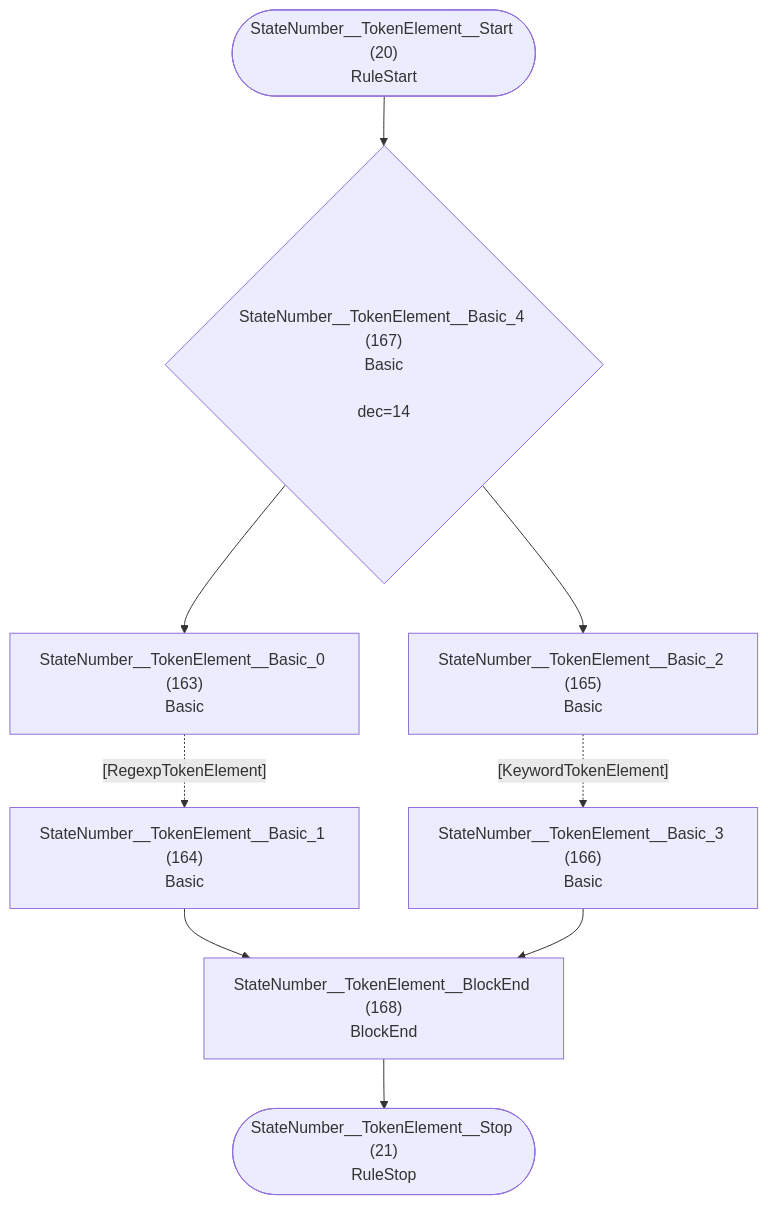
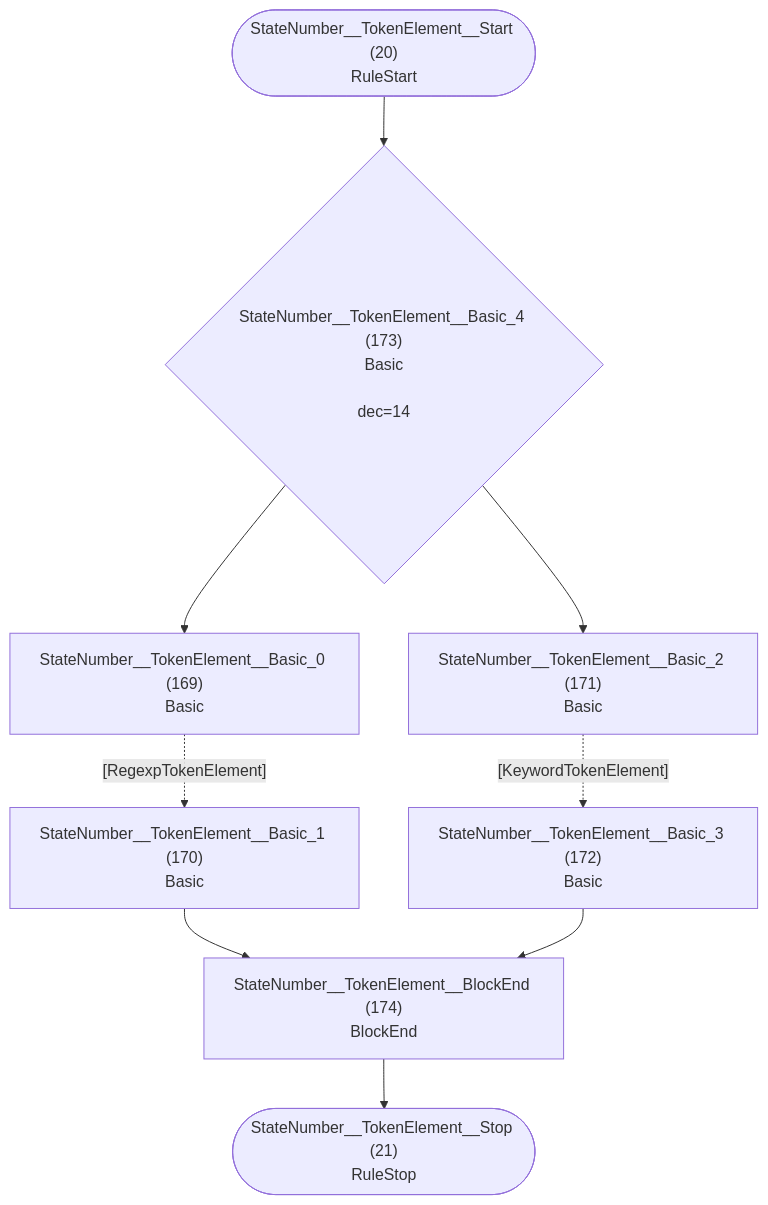
Diagram 11 of 36 in internal/grammar/atn.md (TypeFox/fastbelt), drawn with Mermaid before and after one commit. The commit also changed other lines of this file and 6 other files, not shown here.

````diff
--- a/internal/grammar/atn.md
+++ b/internal/grammar/atn.md
@@ -320,20 +320,20 @@
 ```mermaid
 flowchart TD
     q20(["StateNumber__TokenElement__Start (20)<br/>RuleStart"])
     q21(["StateNumber__TokenElement__Stop (21)<br/>RuleStop"])
-    q163["StateNumber__TokenElement__Basic_0 (163)<br/>Basic<br/>"]
-    q164["StateNumber__TokenElement__Basic_1 (164)<br/>Basic<br/>"]
-    q165["StateNumber__TokenElement__Basic_2 (165)<br/>Basic<br/>"]
-    q166["StateNumber__TokenElement__Basic_3 (166)<br/>Basic<br/>"]
-    q167{"StateNumber__TokenElement__Basic_4 (167)<br/>Basic<br/><br/>dec=14"}
-    q168["StateNumber__TokenElement__BlockEnd (168)<br/>BlockEnd<br/>"]
+    q169["StateNumber__TokenElement__Basic_0 (169)<br/>Basic<br/>"]
+    q170["StateNumber__TokenElement__Basic_1 (170)<br/>Basic<br/>"]
+    q171["StateNumber__TokenElement__Basic_2 (171)<br/>Basic<br/>"]
+    q172["StateNumber__TokenElement__Basic_3 (172)<br/>Basic<br/>"]
+    q173{"StateNumber__TokenElement__Basic_4 (173)<br/>Basic<br/><br/>dec=14"}
+    q174["StateNumber__TokenElement__BlockEnd (174)<br/>BlockEnd<br/>"]
 
-    q20 --> q167
-    q163 -.->|"[RegexpTokenElement]"| q164
-    q164 --> q168
-    q165 -.->|"[KeywordTokenElement]"| q166
-    q166 --> q168
-    q167 --> q163
-    q167 --> q165
-    q168 --> q21
+    q20 --> q173
+    q169 -.->|"[RegexpTokenElement]"| q170
+    q170 --> q174
+    q171 -.->|"[KeywordTokenElement]"| q172
+    q172 --> q174
+    q173 --> q169
+    q173 --> q171
+    q174 --> q21
 ```
````
